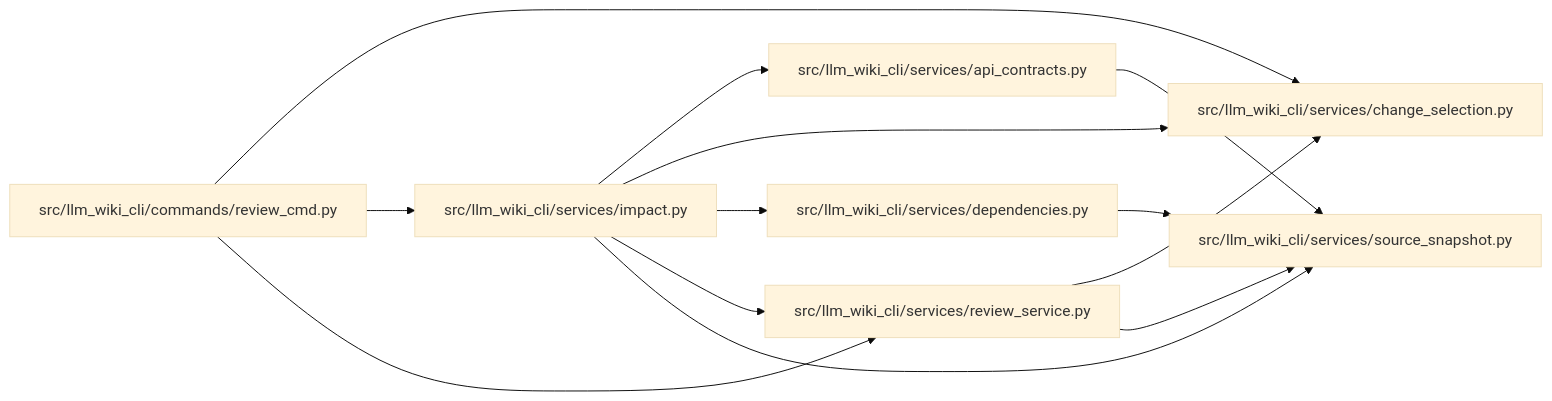
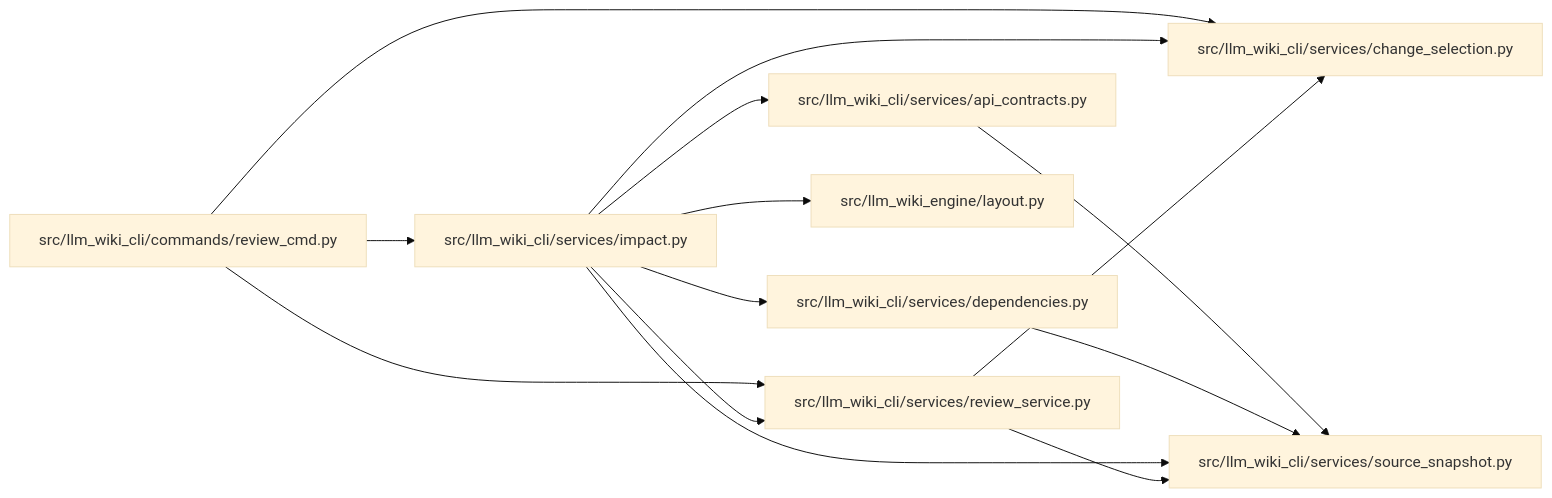
The diagram in docs/llm_wiki/modules/impact.md (Denissvgn/python-wiki-llm), drawn with Mermaid (base theme) before and after one commit. The commit also changed other lines of this file and 869 other files, not shown here.

Commit message:
docs: refresh the wiki for the engine layout and producer opt-in

````diff
--- a/docs/llm_wiki/modules/impact.md
+++ b/docs/llm_wiki/modules/impact.md
@@ -40,29 +41,32 @@
 ```mermaid
 flowchart LR
     n0["src/llm_wiki_cli/commands/review_cmd.py"]
     n1["src/llm_wiki_cli/services/api_contracts.py"]
     n2["src/llm_wiki_cli/services/change_selection.py"]
     n3["src/llm_wiki_cli/services/dependencies.py"]
     n4["src/llm_wiki_cli/services/impact.py"]
     n5["src/llm_wiki_cli/services/review_service.py"]
     n6["src/llm_wiki_cli/services/source_snapshot.py"]
+    n7["src/llm_wiki_engine/layout.py"]
     n0 --> n2
     n0 --> n4
     n0 --> n5
     n1 --> n6
     n3 --> n6
     n4 --> n1
     n4 --> n2
     n4 --> n3
     n4 --> n5
     n4 --> n6
+    n4 --> n7
     n5 --> n2
     n5 --> n6
     click n0 "../modules/review_cmd.md"
     click n1 "../modules/api_contracts.md"
     click n2 "../modules/change_selection.md"
     click n3 "../modules/services_dependencies.md"
     click n4 "../modules/impact.md"
     click n5 "../modules/review_service.md"
     click n6 "../modules/source_snapshot.md"
+    click n7 "../modules/layout.md"
 ```
````
